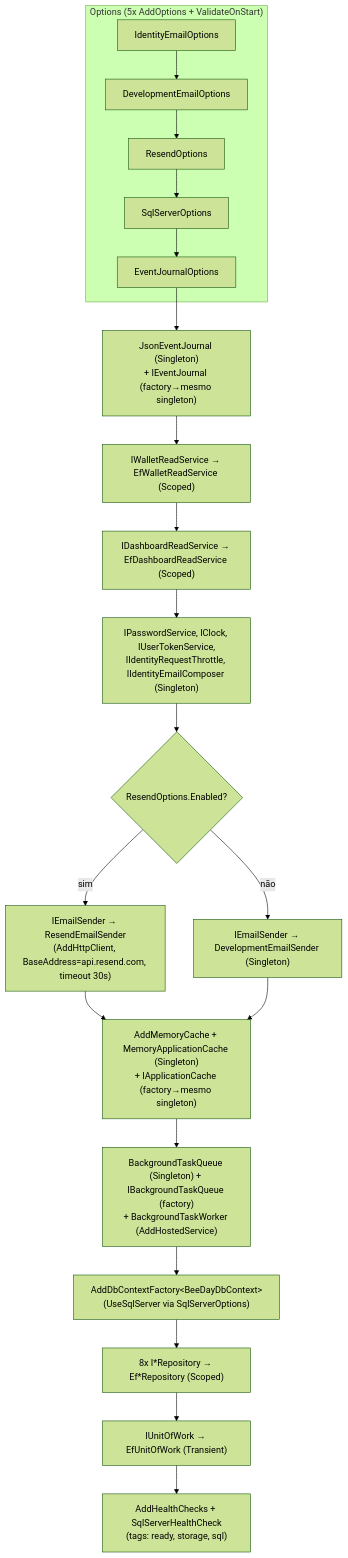
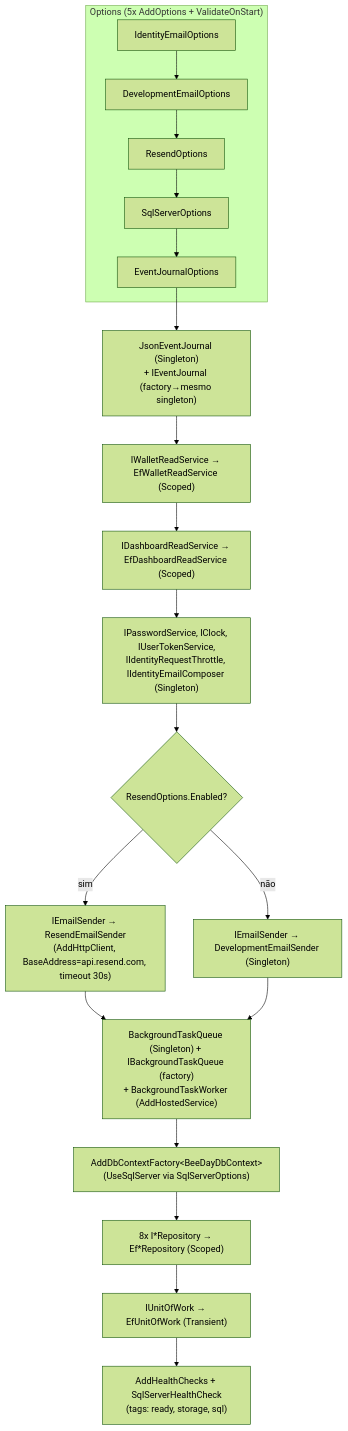
Before and after one commit to DS-Asyst/BeeDay: the first of 2 diagrams in docs/infrastructure/05-dependency-injection.md, drawn with Mermaid (forest theme). The commit also changed other lines of this file and 13 other files, not shown here.

Commit message:
refactor: remove dead application cache and bound identity throttle memory growth

````diff
--- a/docs/infrastructure/05-dependency-injection.md
+++ b/docs/infrastructure/05-dependency-injection.md
@@ -27,20 +30,19 @@
 ```mermaid
 flowchart TD
     subgraph "Options (5x AddOptions + ValidateOnStart)"
         O1[IdentityEmailOptions] --> O2[DevelopmentEmailOptions] --> O3[ResendOptions] --> O4[SqlServerOptions] --> O5[EventJournalOptions]
     end
     O5 --> S1["JsonEventJournal (Singleton)<br/>+ IEventJournal (factory→mesmo singleton)"]
     S1 --> S2["IWalletReadService → EfWalletReadService (Scoped)"]
     S2 --> S3["IDashboardReadService → EfDashboardReadService (Scoped)"]
     S3 --> S4["IPasswordService, IClock, IUserTokenService,<br/>IIdentityRequestThrottle, IIdentityEmailComposer (Singleton)"]
     S4 --> E{"ResendOptions.Enabled?"}
     E -->|sim| E1["IEmailSender → ResendEmailSender<br/>(AddHttpClient, BaseAddress=api.resend.com, timeout 30s)"]
     E -->|não| E2["IEmailSender → DevelopmentEmailSender (Singleton)"]
-    E1 --> C1["AddMemoryCache + MemoryApplicationCache (Singleton)<br/>+ IApplicationCache (factory→mesmo singleton)"]
-    E2 --> C1
-    C1 --> B1["BackgroundTaskQueue (Singleton) + IBackgroundTaskQueue (factory)<br/>+ BackgroundTaskWorker (AddHostedService)"]
+    E1 --> B1["BackgroundTaskQueue (Singleton) + IBackgroundTaskQueue (factory)<br/>+ BackgroundTaskWorker (AddHostedService)"]
+    E2 --> B1
     B1 --> D1["AddDbContextFactory&lt;BeeDayDbContext&gt;<br/>(UseSqlServer via SqlServerOptions)"]
     D1 --> R1["8x I*Repository → Ef*Repository (Scoped)"]
     R1 --> U1["IUnitOfWork → EfUnitOfWork (Transient)"]
     U1 --> H1["AddHealthChecks + SqlServerHealthCheck<br/>(tags: ready, storage, sql)"]
 ```
````
